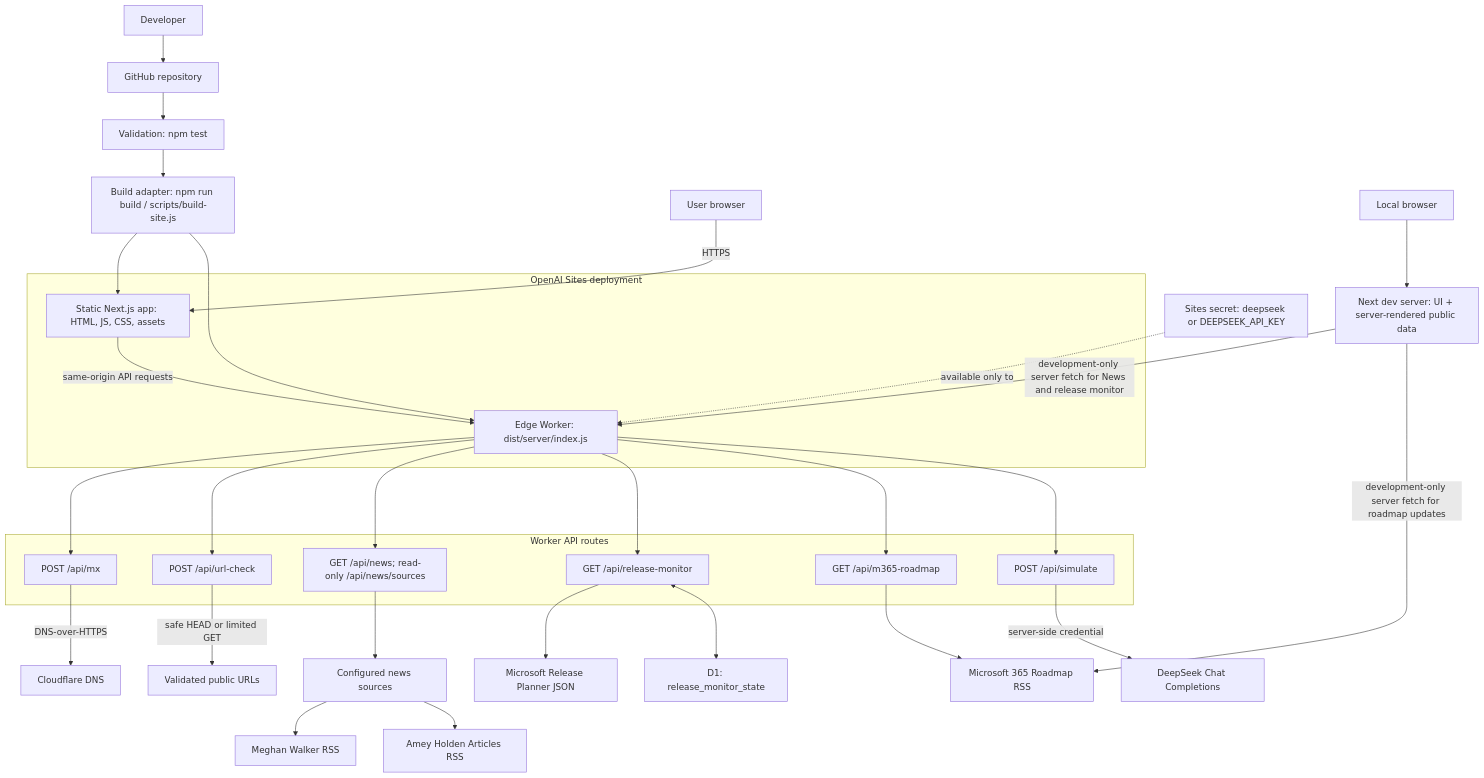
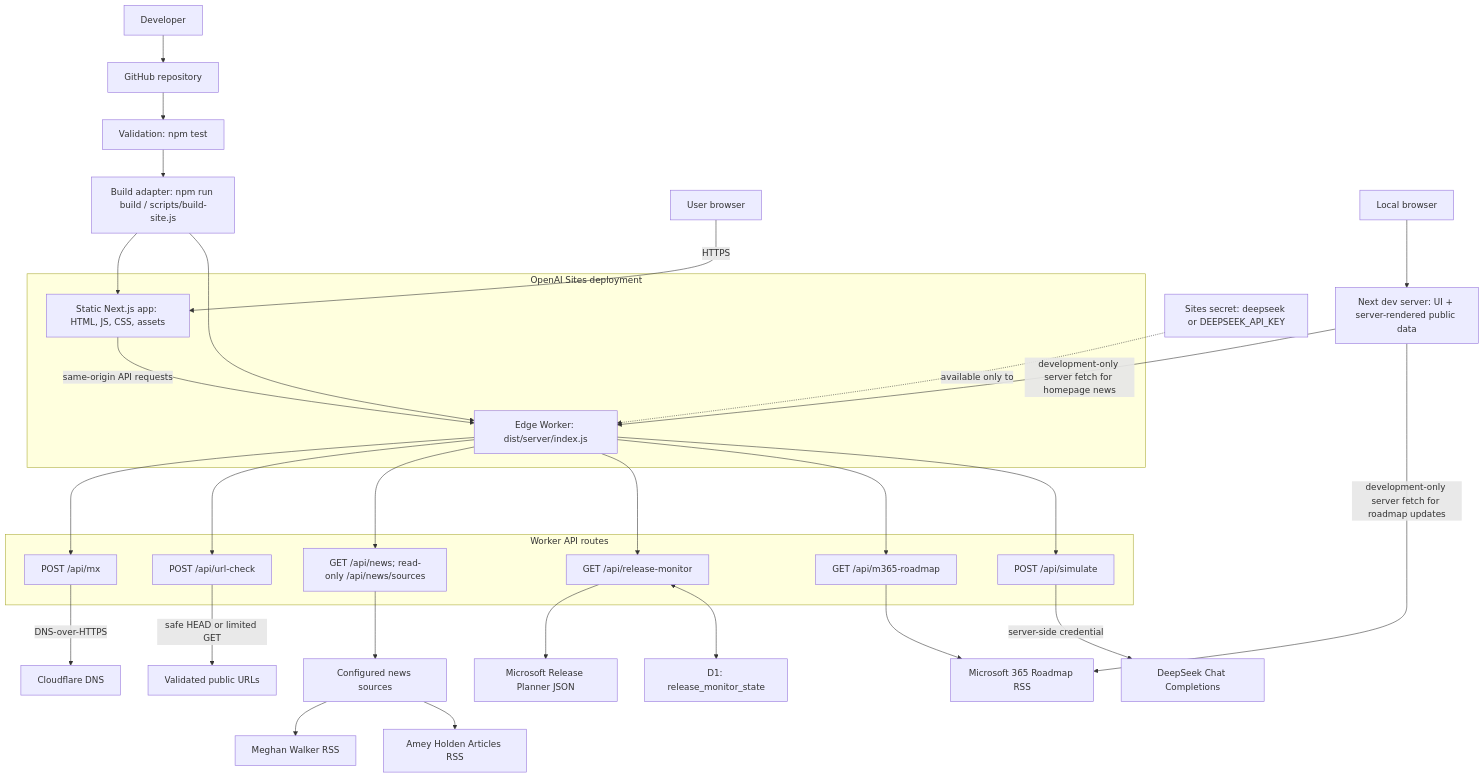
One commit to mylokaye/Form-email-validator changed the diagram in docs/infrastructure.md. Above: the diagram before and after it, drawn with Mermaid. The commit also changed 10 other files, not shown here.

````diff
--- a/docs/infrastructure.md
+++ b/docs/infrastructure.md
@@ -7,54 +7,54 @@
 ```mermaid
 flowchart TB
   Developer["Developer"]
   GitHub["GitHub repository"]
   Validation["Validation: npm test"]
   Build["Build adapter: npm run build / scripts/build-site.js"]
 
   Developer --> GitHub
   GitHub --> Validation --> Build
 
   subgraph Sites["OpenAI Sites deployment"]
     Static["Static Next.js app: HTML, JS, CSS, assets"]
     Worker["Edge Worker: dist/server/index.js"]
 
     Static -->|same-origin API requests| Worker
   end
 
   Build --> Static
   Build --> Worker
 
   Browser["User browser"] -->|HTTPS| Static
 
   LocalBrowser["Local browser"] --> LocalDev["Next dev server: UI + server-rendered public data"]
-  LocalDev -->|development-only server fetch for News and release monitor| Worker
+  LocalDev -->|development-only server fetch for homepage news| Worker
   LocalDev -->|development-only server fetch for roadmap updates| M365RoadmapFeed
 
   subgraph APIs["Worker API routes"]
     MX["POST /api/mx"]
     URL["POST /api/url-check"]
     News["GET /api/news; read-only /api/news/sources"]
     Monitor["GET /api/release-monitor"]
     Roadmap["GET /api/m365-roadmap"]
     Simulate["POST /api/simulate"]
   end
 
   Worker --> MX
   Worker --> URL
   Worker --> News
   Worker --> Monitor
   Worker --> Roadmap
   Worker --> Simulate
 
   MX -->|DNS-over-HTTPS| CloudflareDNS["Cloudflare DNS"]
   URL -->|safe HEAD or limited GET| PublicWeb["Validated public URLs"]
   News --> NewsSources["Configured news sources"]
   NewsSources --> MeghanFeed["Meghan Walker RSS"]
   NewsSources --> AmeyFeed["Amey Holden Articles RSS"]
   Monitor --> Microsoft["Microsoft Release Planner JSON"]
   Roadmap --> M365RoadmapFeed["Microsoft 365 Roadmap RSS"]
   Monitor <--> D1["D1: release_monitor_state"]
   Simulate -->|server-side credential| DeepSeek["DeepSeek Chat Completions"]
 
   Secret["Sites secret: deepseek or DEEPSEEK_API_KEY"] -. available only to .-> Worker
 ```
````
